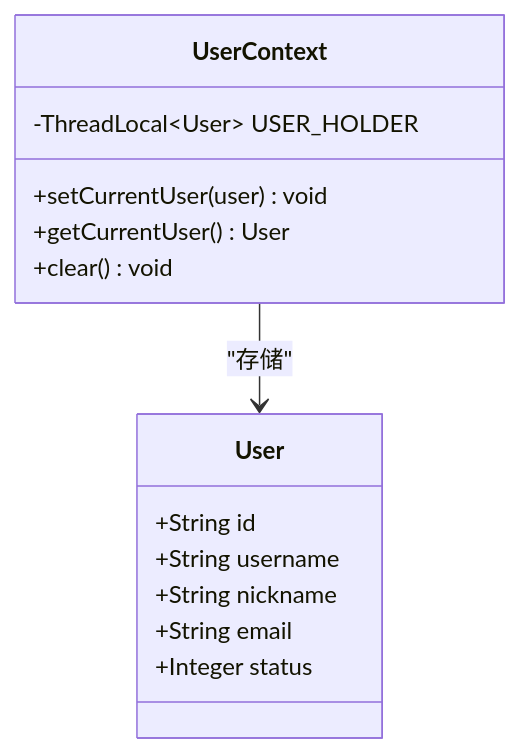
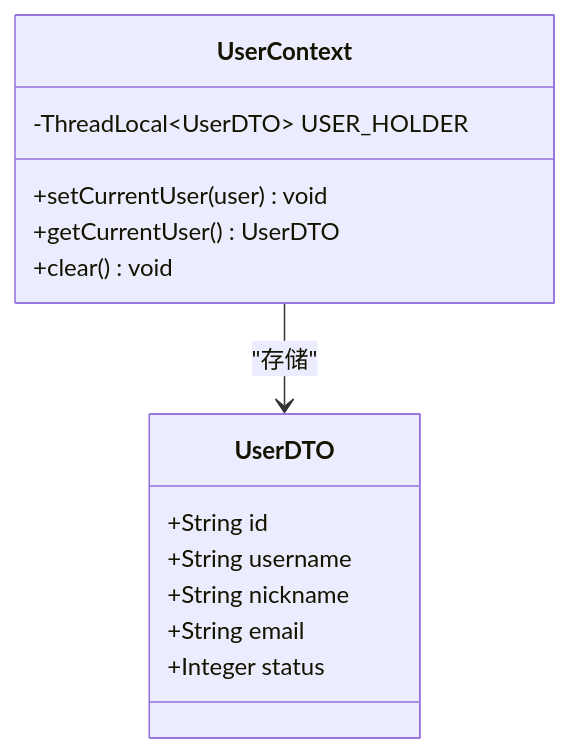
Before and after one commit to 20164206160/zhishilu: the seventh of 9 diagrams in .qoder/repowiki/zh/content/系统架构/安全架构设计.md, drawn with Mermaid. The commit also changed other lines of this file and 28 other files, not shown here.

````diff
--- a/.qoder/repowiki/zh/content/系统架构/安全架构设计.md
+++ b/.qoder/repowiki/zh/content/系统架构/安全架构设计.md
@@ -288,17 +315,17 @@
 ```mermaid
 classDiagram
 class UserContext {
--ThreadLocal~User~ USER_HOLDER
+-ThreadLocal~UserDTO~ USER_HOLDER
 +setCurrentUser(user) void
-+getCurrentUser() User
++getCurrentUser() UserDTO
 +clear() void
 }
-class User {
+class UserDTO {
 +String id
 +String username
 +String nickname
 +String email
 +Integer status
 }
-UserContext --> User : "存储"
+UserContext --> UserDTO : "存储"
 ```
````
